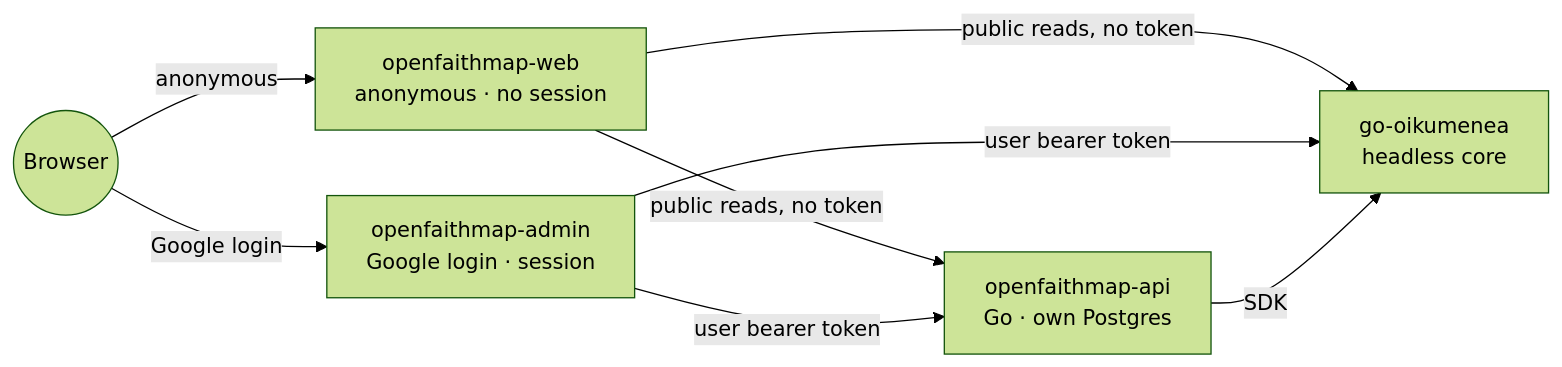
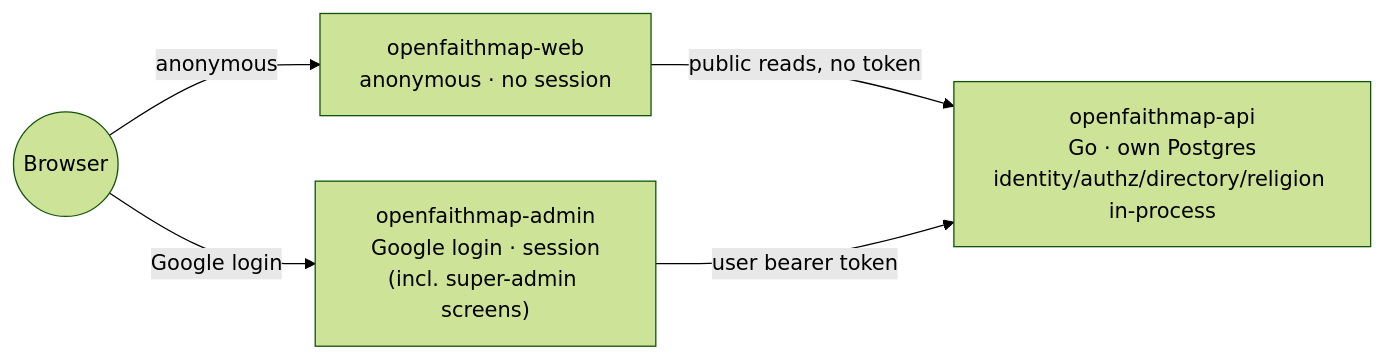
One commit to olehmushka/open-faith-map changed the diagram in README.md. Above: the diagram before and after it, drawn with Mermaid (forest theme). The commit also changed other lines of this file and 5 other files, not shown here.

````diff
--- a/README.md
+++ b/README.md
@@ -25,16 +26,12 @@
 ```mermaid
 flowchart LR
     browser(("Browser"))
     web["openfaithmap-web\nanonymous · no session"]
-    admin["openfaithmap-admin\nGoogle login · session"]
-    api["openfaithmap-api\nGo · own Postgres"]
-    core["go-oikumenea\nheadless core"]
+    admin["openfaithmap-admin\nGoogle login · session\n(incl. super-admin screens)"]
+    api["openfaithmap-api\nGo · own Postgres\nidentity/authz/directory/religion in-process"]
 
     browser -- "anonymous" --> web
     browser -- "Google login" --> admin
     web -- "public reads, no token" --> api
-    web -- "public reads, no token" --> core
     admin -- "user bearer token" --> api
-    admin -- "user bearer token" --> core
-    api -- "SDK" --> core
 ```
````
